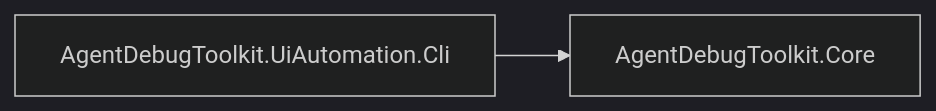
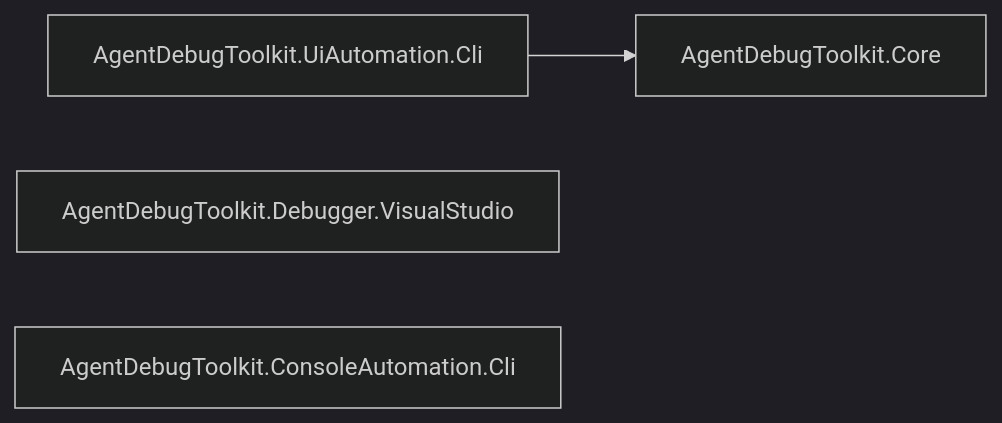
Before and after one commit to citsuresh/AgentDebugToolkit: the diagram in docs/CODE_SUMMARY.md, drawn with Mermaid (dark theme). The commit also changed other lines of this file and 6 other files, not shown here.

Commit message:
Update project memory docs and graph for Phase 7 console automation

````diff
--- a/docs/CODE_SUMMARY.md
+++ b/docs/CODE_SUMMARY.md
@@ -11,4 +9,6 @@
 ```mermaid
 graph LR
 	Cli[AgentDebugToolkit.UiAutomation.Cli] --> Core[AgentDebugToolkit.Core]
+	Debugger[AgentDebugToolkit.Debugger.VisualStudio]
+	Console[AgentDebugToolkit.ConsoleAutomation.Cli]
 ```
````
